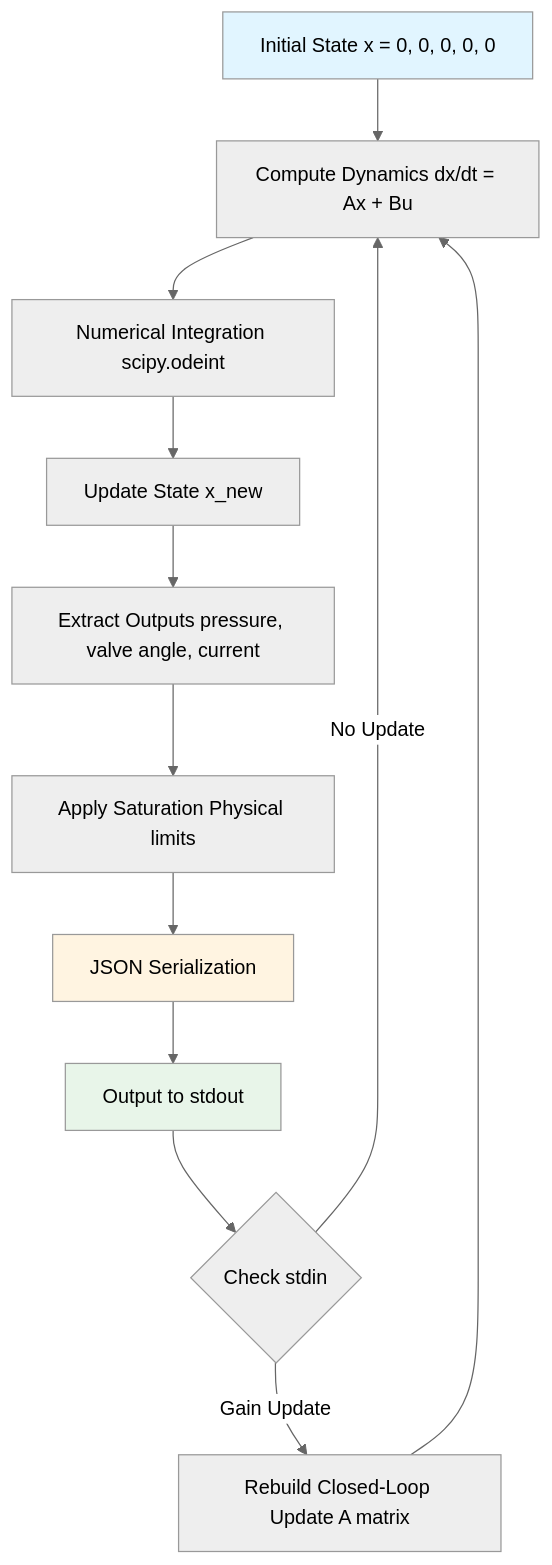
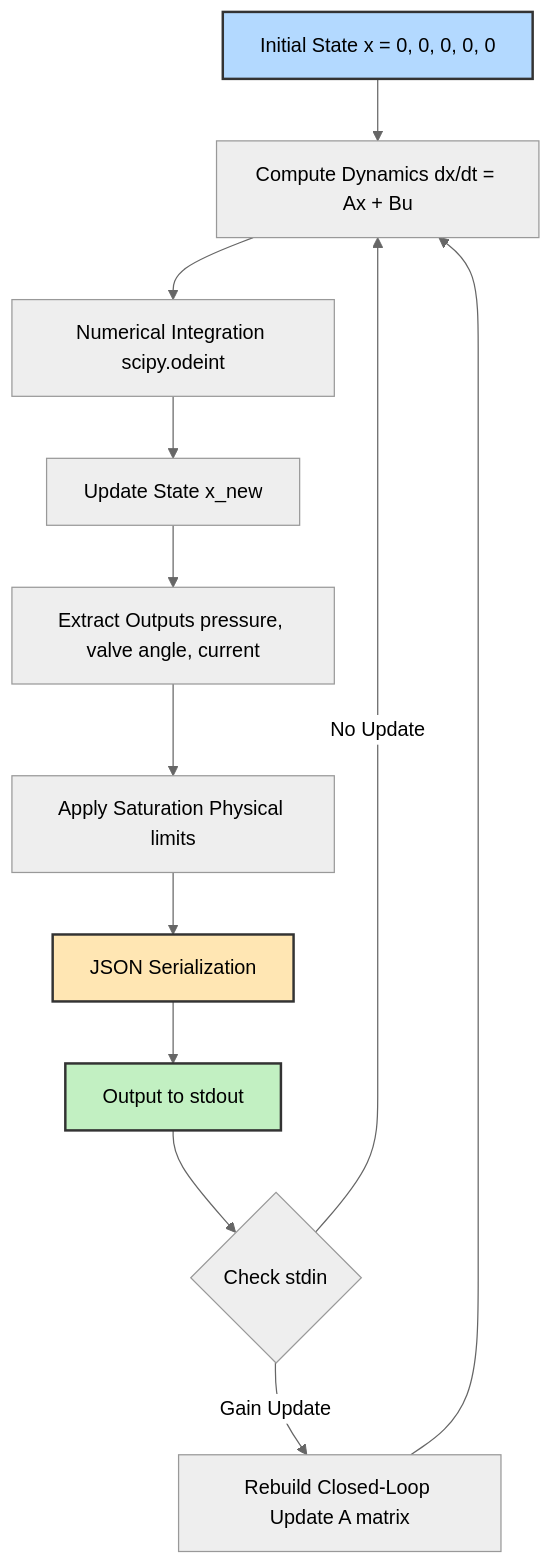
The fifth of 6 diagrams in README.md (chetan0021/monitoring-rotory-valve), drawn with Mermaid (neutral theme) before and after one commit. The commit also changed other lines of this file, not shown here.

Commit message:
Fix remaining Mermaid diagram text visibility issues

````diff
--- a/README.md
+++ b/README.md
@@ -478,18 +478,18 @@
 ```mermaid
 graph TD
     A[Initial State x = 0, 0, 0, 0, 0] --> B[Compute Dynamics dx/dt = Ax + Bu]
     B --> C[Numerical Integration scipy.odeint]
     C --> D[Update State x_new]
     D --> E[Extract Outputs pressure, valve angle, current]
     E --> F[Apply Saturation Physical limits]
     F --> G[JSON Serialization]
     G --> H[Output to stdout]
     H --> I{Check stdin}
     I -->|Gain Update| J[Rebuild Closed-Loop Update A matrix]
     I -->|No Update| B
     J --> B
     
-    style A fill:#e1f5ff
-    style G fill:#fff4e1
-    style H fill:#e8f5e9
+    style A fill:#b3d9ff,stroke:#333,stroke-width:2px,color:#000
+    style G fill:#ffe6b3,stroke:#333,stroke-width:2px,color:#000
+    style H fill:#c2f0c2,stroke:#333,stroke-width:2px,color:#000
 ```
````
